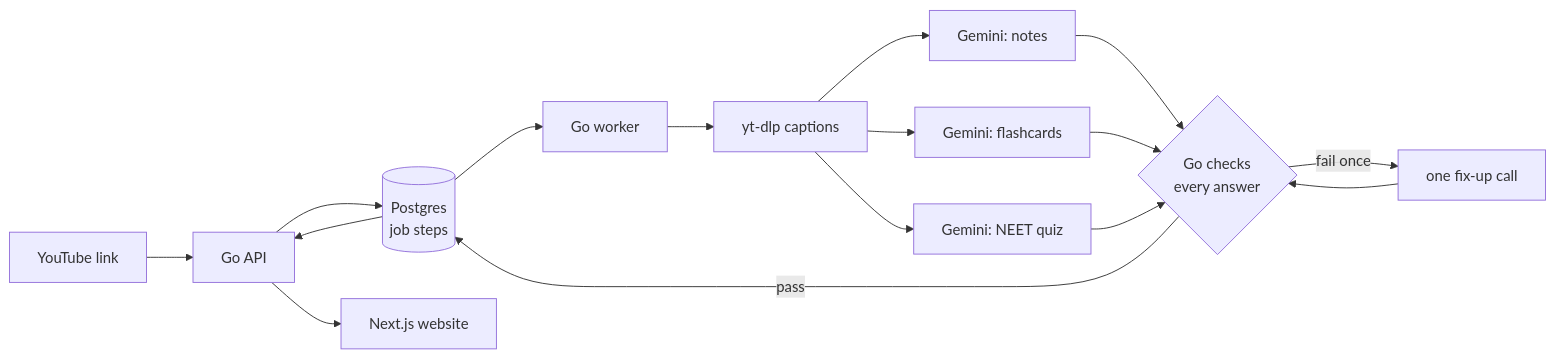
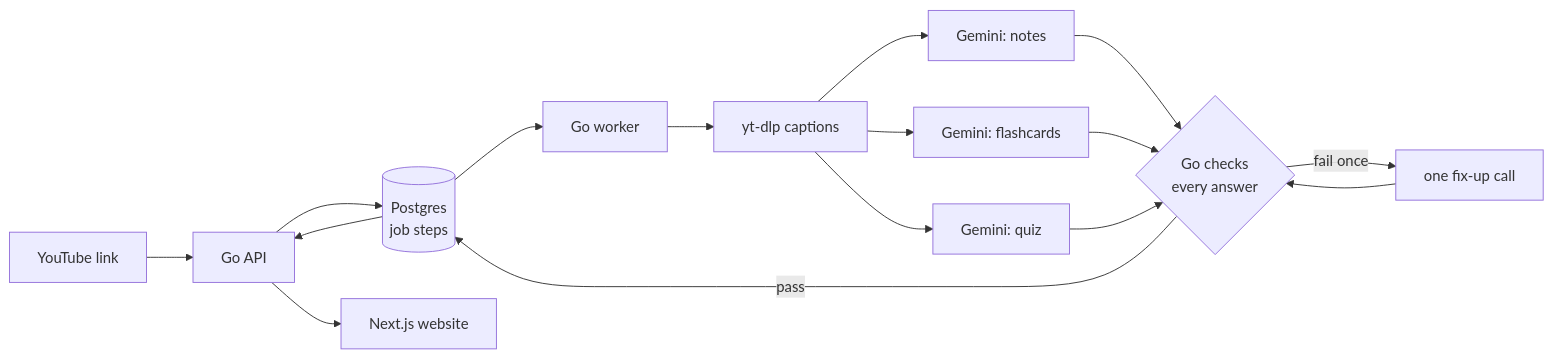
One commit to wizardamxn/warden changed the diagram in README.md. Above: the diagram before and after it, drawn with Mermaid. The commit also changed other lines of this file and 4 other files, not shown here.

````diff
--- a/README.md
+++ b/README.md
@@ -29,15 +29,15 @@
 ```mermaid
 flowchart LR
     link[YouTube link] --> api[Go API]
     api --> jobs[(Postgres<br/>job steps)]
     jobs --> worker[Go worker]
     worker --> captions[yt-dlp captions]
     captions --> notes[Gemini: notes]
     captions --> cards[Gemini: flashcards]
-    captions --> quiz[Gemini: NEET quiz]
+    captions --> quiz[Gemini: quiz]
     notes & cards & quiz --> check{Go checks<br/>every answer}
     check -->|pass| jobs
     check -->|fail once| fix[one fix-up call]
     fix --> check
     jobs --> api --> web[Next.js website]
 ```
````
